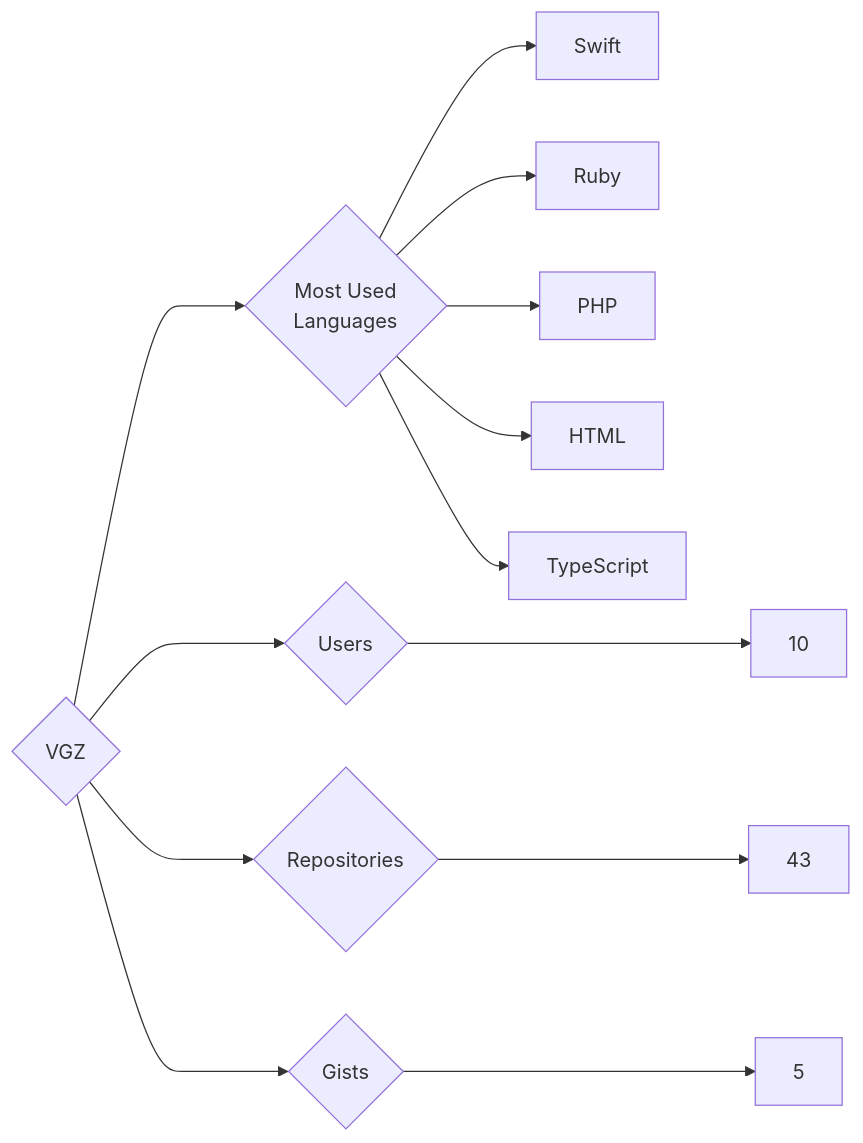
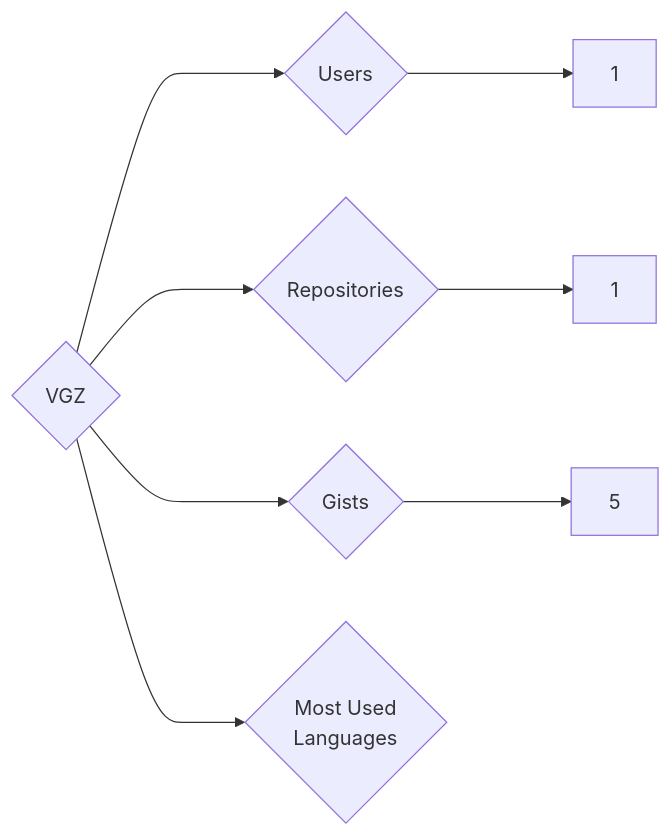
One commit to trickest/insiders changed the diagram in targets/VGZ/README.md. Above: the diagram before and after it, drawn with Mermaid. The commit also changed 878 other files, not shown here.

````diff
--- a/targets/VGZ/README.md
+++ b/targets/VGZ/README.md
@@ -3,13 +3,8 @@
 ```mermaid
 graph LR
 COMPANY_NAME{VGZ}
-COMPANY_NAME ---> U{Users} ---> UN[10]
-COMPANY_NAME ---> R{Repositories} ---> RN[43]
+COMPANY_NAME ---> U{Users} ---> UN[1]
+COMPANY_NAME ---> R{Repositories} ---> RN[1]
 COMPANY_NAME ---> G{Gists} ---> GN[5]
 COMPANY_NAME ---> ML{Most Used<br>Languages}
-ML --> Swift[Swift]
-ML --> Ruby[Ruby]
-ML --> PHP[PHP]
-ML --> HTML[HTML]
-ML --> TypeScript[TypeScript]
 ```
````
